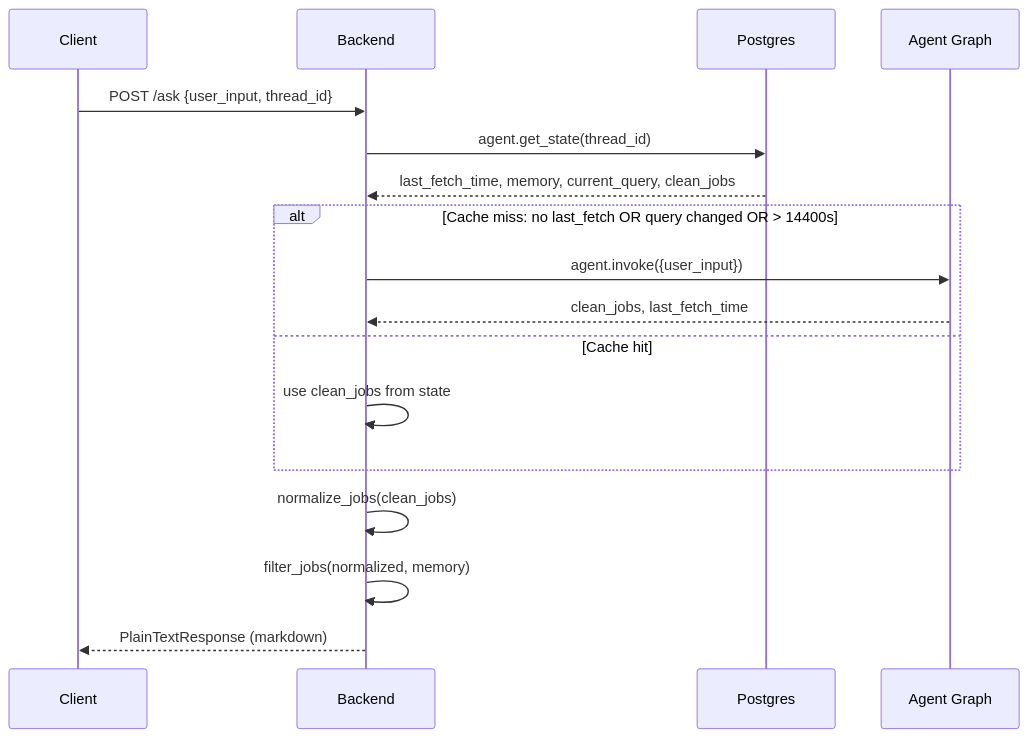
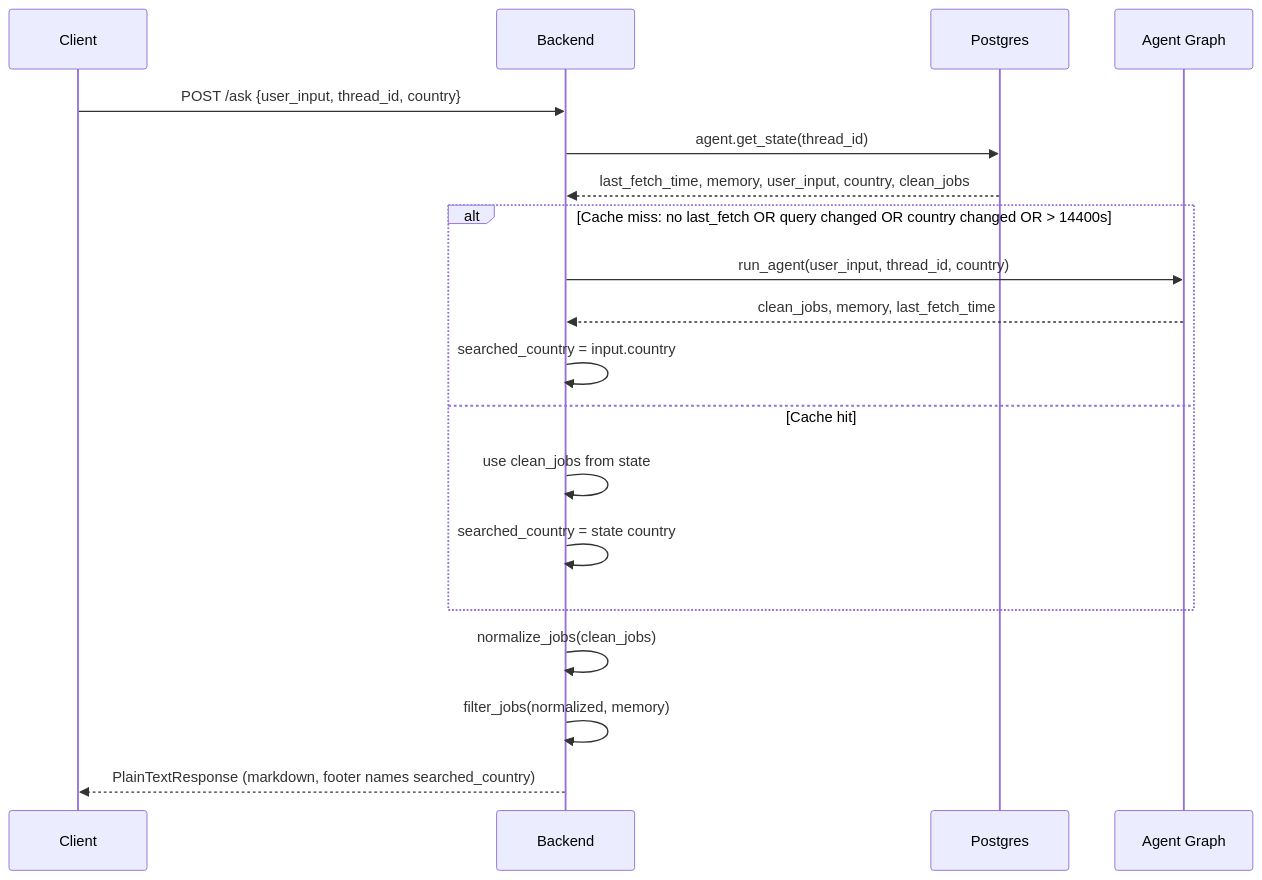
The diagram in openwiki/architecture/backend-api.md (tsouk88/job-search-agent), drawn with Mermaid before and after one commit. The commit also changed other lines of this file and 36 other files, not shown here.

````diff
--- a/openwiki/architecture/backend-api.md
+++ b/openwiki/architecture/backend-api.md
@@ -52,20 +61,22 @@
 ```mermaid
 sequenceDiagram
     participant C as Client
     participant B as Backend
     participant PG as Postgres
     participant G as Agent Graph
 
-    C->>B: POST /ask {user_input, thread_id}
+    C->>B: POST /ask {user_input, thread_id, country}
     B->>PG: agent.get_state(thread_id)
-    PG-->>B: last_fetch_time, memory, current_query, clean_jobs
-    alt Cache miss: no last_fetch OR query changed OR > 14400s
-        B->>G: agent.invoke({user_input})
-        G-->>B: clean_jobs, last_fetch_time
+    PG-->>B: last_fetch_time, memory, user_input, country, clean_jobs
+    alt Cache miss: no last_fetch OR query changed OR country changed OR > 14400s
+        B->>G: run_agent(user_input, thread_id, country)
+        G-->>B: clean_jobs, memory, last_fetch_time
+        B->>B: searched_country = input.country
     else Cache hit
         B->>B: use clean_jobs from state
+        B->>B: searched_country = state country
     end
     B->>B: normalize_jobs(clean_jobs)
     B->>B: filter_jobs(normalized, memory)
-    B-->>C: PlainTextResponse (markdown)
+    B-->>C: PlainTextResponse (markdown, footer names searched_country)
 ```
````
